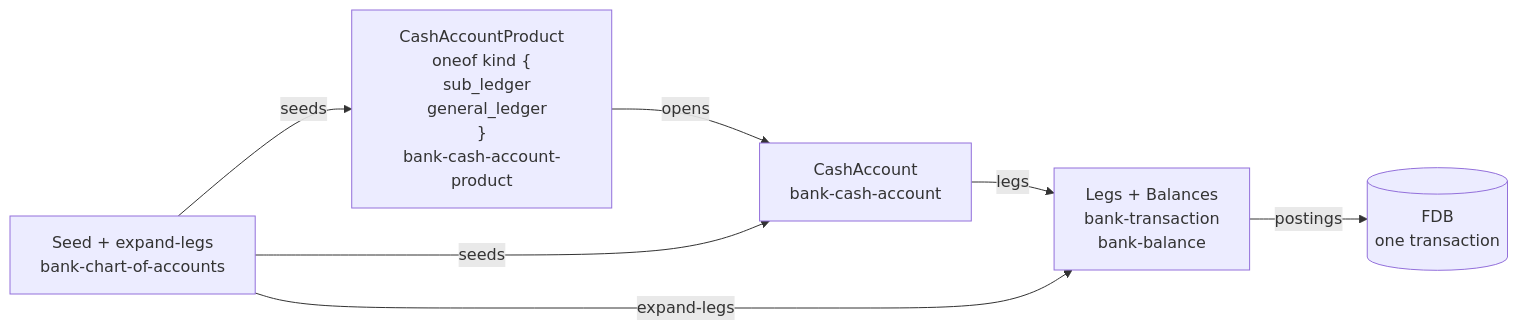
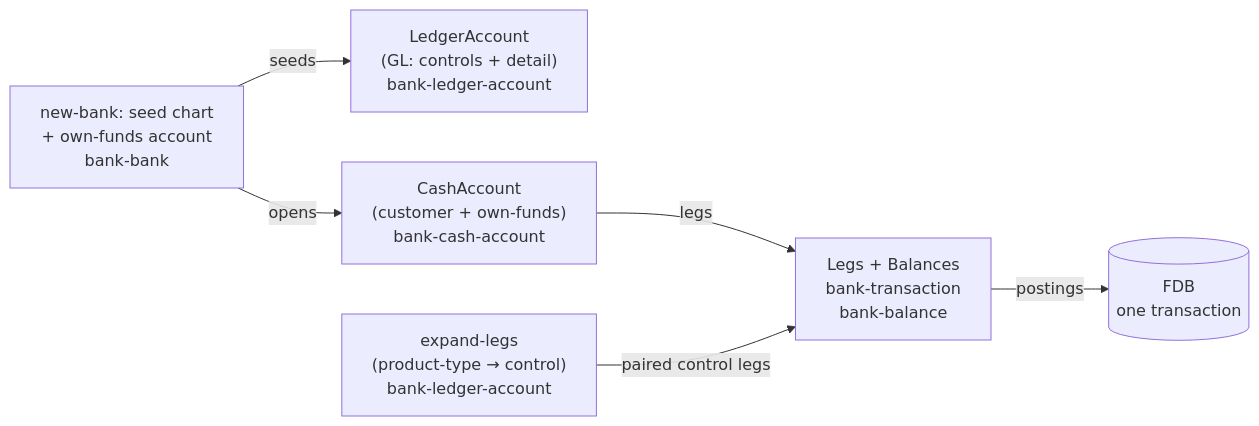
One commit to kjothen/queenswood changed the diagram in docs/tdd/chart-of-accounts.md. Above: the diagram before and after it, drawn with Mermaid. The commit also changed other lines of this file and 14 other files, not shown here.

````diff
--- a/docs/tdd/chart-of-accounts.md
+++ b/docs/tdd/chart-of-accounts.md
@@ -143,15 +120,15 @@
 ```mermaid
 graph LR
-    P["CashAccountProduct<br/>oneof kind {<br/>  sub_ledger<br/>  general_ledger<br/>}<br/>bank-cash-account-product"]
-    A["CashAccount<br/>bank-cash-account"]
-    COA["Seed + expand-legs<br/>bank-chart-of-accounts"]
+    L["LedgerAccount<br/>(GL: controls + detail)<br/>bank-ledger-account"]
+    A["CashAccount<br/>(customer + own-funds)<br/>bank-cash-account"]
+    BANK["new-bank: seed chart<br/>+ own-funds account<br/>bank-bank"]
+    EL["expand-legs<br/>(product-type → control)<br/>bank-ledger-account"]
     TX["Legs + Balances<br/>bank-transaction<br/>bank-balance"]
     FDB[("FDB<br/>one transaction")]
 
-    P -->|opens| A
-    COA -->|seeds| P
-    COA -->|seeds| A
+    BANK -->|seeds| L
+    BANK -->|opens| A
     A -->|legs| TX
-    COA -->|expand-legs| TX
+    EL -->|paired control legs| TX
     TX -->|postings| FDB
 ```
````
